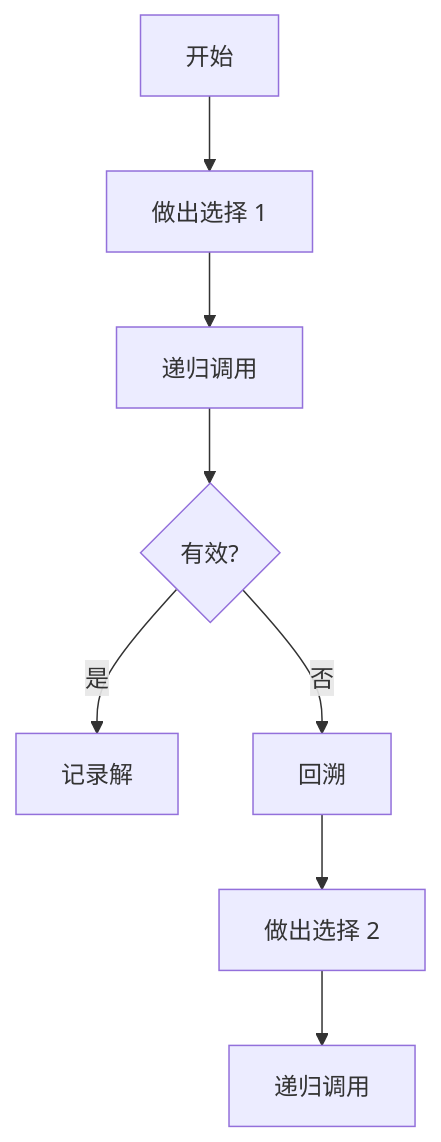
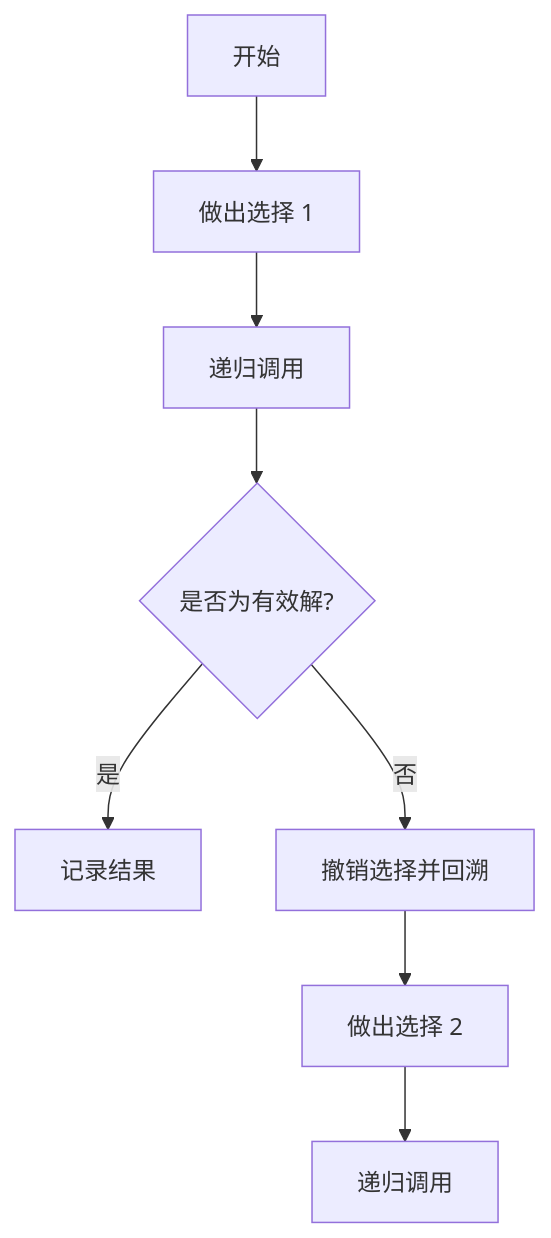
One commit to YiWang24/AiDIY changed the diagram in i18n/zh-Hans/docusaurus-plugin-content-docs/current/cs/algorithms/backtracking.mdx. Above: the diagram before and after it, drawn with Mermaid. The commit also changed other lines of this file and 59 other files, not shown here.

````diff
--- a/i18n/zh-Hans/docusaurus-plugin-content-docs/current/cs/algorithms/backtracking.mdx
+++ b/i18n/zh-Hans/docusaurus-plugin-content-docs/current/cs/algorithms/backtracking.mdx
@@ -45,10 +45,10 @@
 ```mermaid
 graph TD
     A[开始] --> B[做出选择 1]
     B --> C[递归调用]
-    C --> D{有效?}
-    D -->|"是"| E[记录解]
-    D -->|"否"| F[回溯]
+    C --> D{是否为有效解?}
+    D -->|"是"| E[记录结果]
+    D -->|"否"| F[撤销选择并回溯]
     F --> G[做出选择 2]
     G --> H[递归调用]
 ```
````
